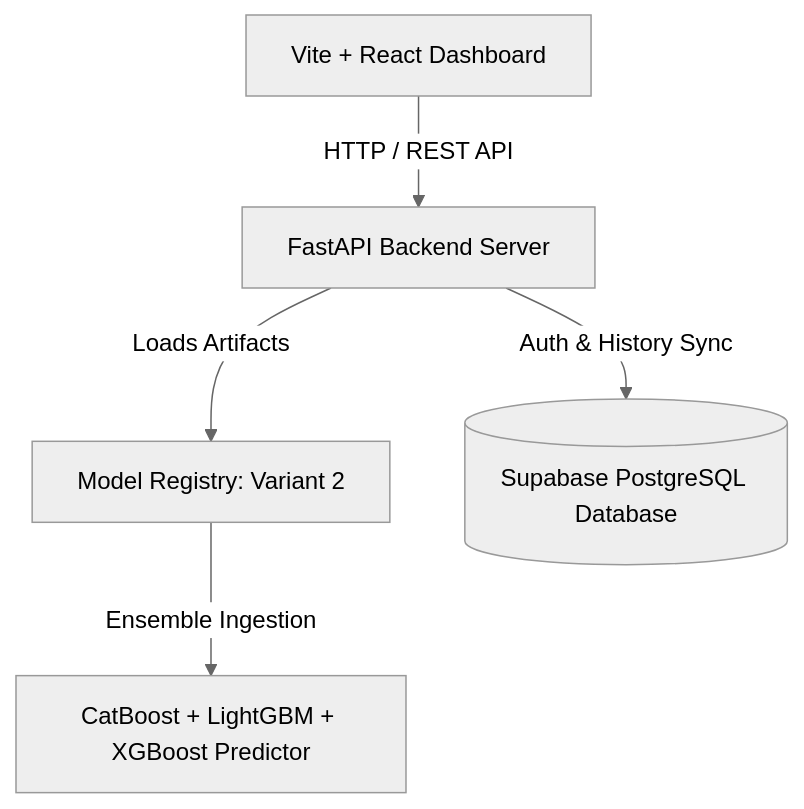
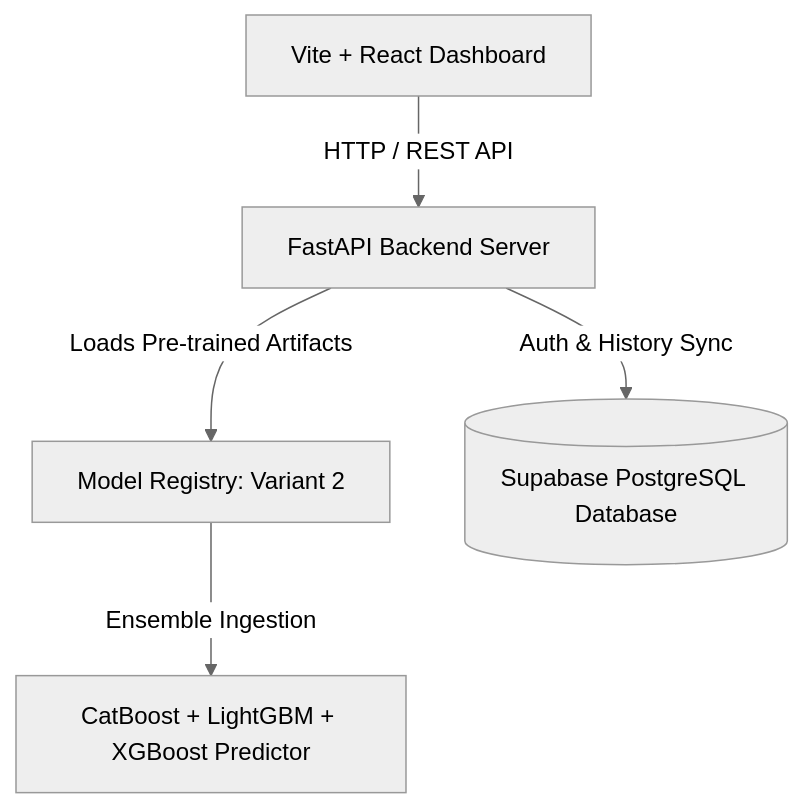
The diagram in README.md (Hars03082005/Autopricer), drawn with Mermaid (neutral theme) before and after one commit. The commit also changed other lines of this file, not shown here.

````diff
--- a/README.md
+++ b/README.md
@@ -32,7 +32,7 @@
 ```mermaid
 graph TD
     UI[Vite + React Dashboard] -->|HTTP / REST API| FastAPI[FastAPI Backend Server]
-    FastAPI -->|Loads Artifacts| Registry[Model Registry: Variant 2]
+    FastAPI -->|Loads Pre-trained Artifacts| Registry[Model Registry: Variant 2]
     Registry -->|Ensemble Ingestion| Predictor[CatBoost + LightGBM + XGBoost Predictor]
     FastAPI -->|Auth & History Sync| Supabase[(Supabase PostgreSQL Database)]
 ```
````
